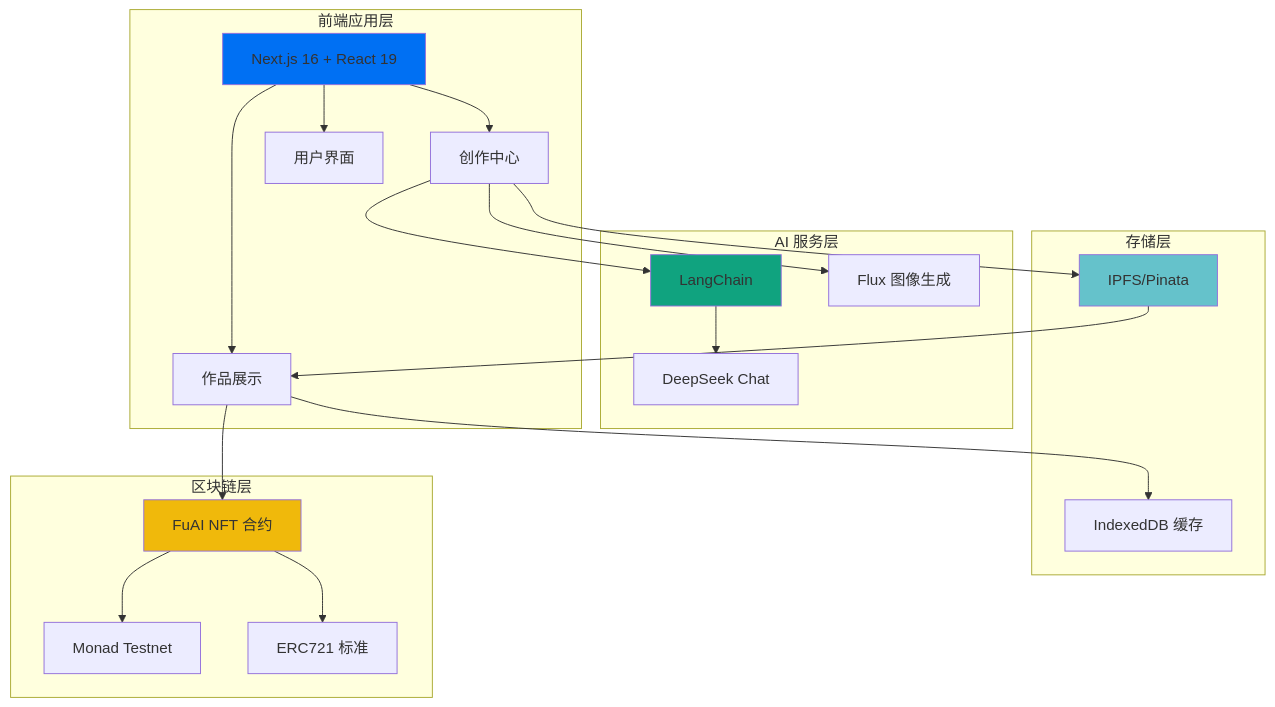
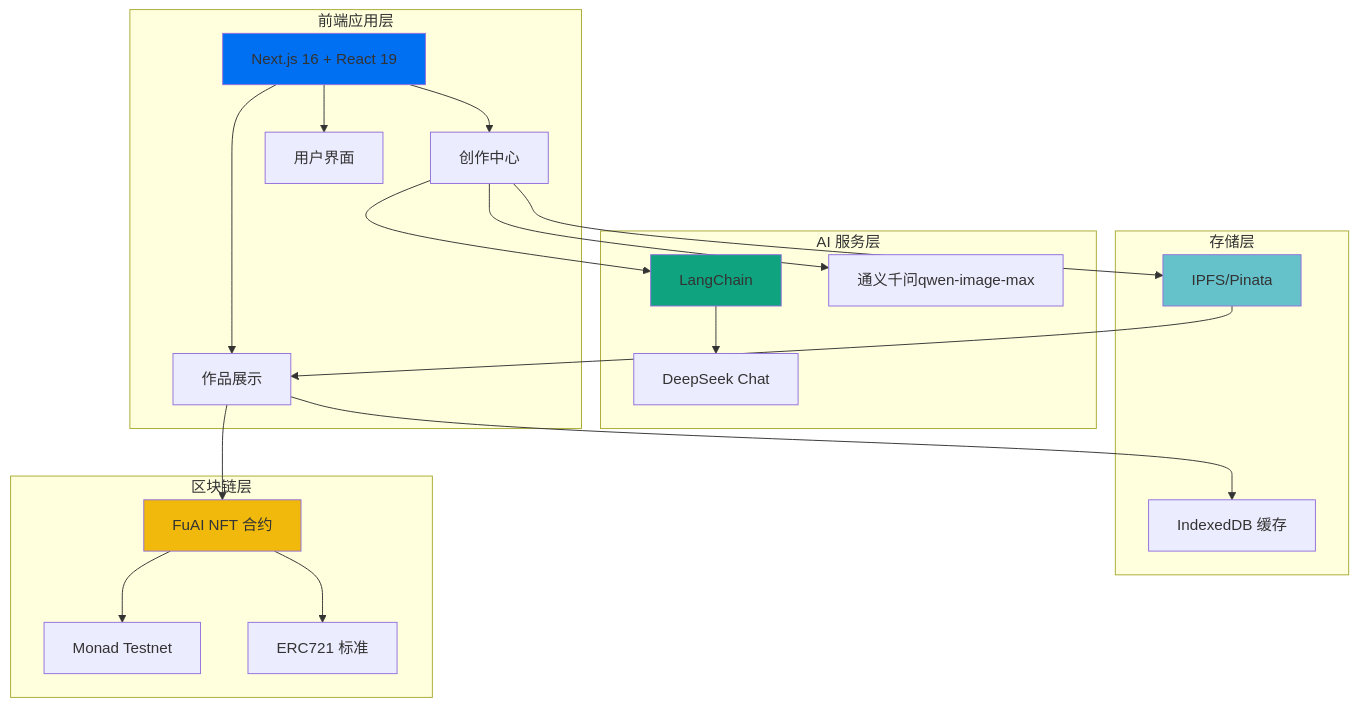
One commit to JasonRUAN/FuAI changed the first of 12 diagrams in README.md. Above: the diagram before and after it, drawn with Mermaid. The commit also changed other lines of this file, not shown here.

````diff
--- a/README.md
+++ b/README.md
@@ -64,44 +64,44 @@
 ```mermaid
 graph TB
     subgraph "前端应用层"
         A[Next.js 16 + React 19]
         B[创作中心]
         C[作品展示]
         D[用户界面]
     end
     
     subgraph "AI 服务层"
         E[LangChain]
         F[DeepSeek Chat]
-        G[Flux 图像生成]
+        G[通义千问qwen-image-max]
     end
     
     subgraph "存储层"
         H[IPFS/Pinata]
         I[IndexedDB 缓存]
     end
     
     subgraph "区块链层"
         J[Monad Testnet]
         K[FuAI NFT 合约]
         L[ERC721 标准]
     end
     
     A --> B
     A --> C
     A --> D
     B --> E
     E --> F
     B --> G
     B --> H
     C --> K
     K --> L
     K --> J
     H --> C
     C --> I
     
     style A fill:#0070f3
     style K fill:#f0b90b
     style E fill:#10a37f
     style H fill:#65c2cb
 ```
````
